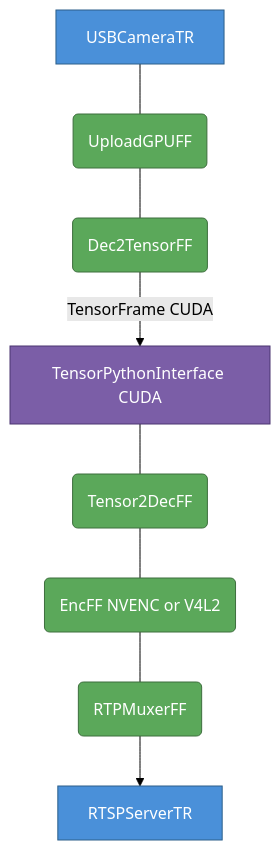
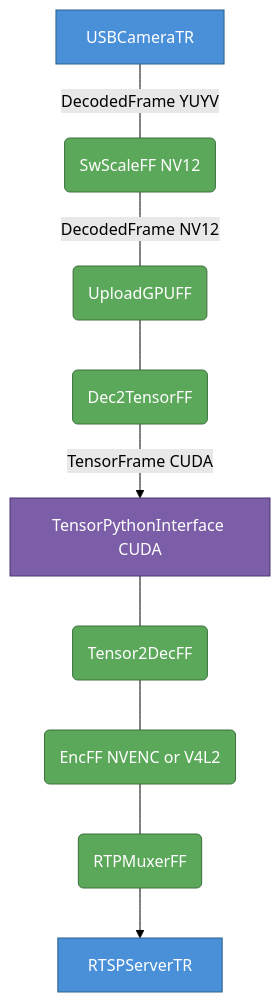
The fourth of 11 diagrams in python/README.md (elsampsa/limef-apps), drawn with Mermaid (forest theme) before and after one commit. The commit also changed other lines of this file and 8 other files, not shown here.

````diff
--- a/python/README.md
+++ b/python/README.md
@@ -260,26 +260,28 @@
 ```mermaid
 flowchart TD
     camtr[USBCameraTR]
+    swscale(SwScaleFF NV12)
     uploadff(UploadGPUFF)
     d2t(Dec2TensorFF)
     pyif[TensorPythonInterface CUDA]
     t2d(Tensor2DecFF)
     encff(EncFF NVENC or V4L2)
     rtpmux(RTPMuxerFF)
     rtsptr[RTSPServerTR]
 
-    camtr --- uploadff
+    camtr ---|DecodedFrame YUYV| swscale
+    swscale ---|DecodedFrame NV12| uploadff
     uploadff --- d2t
     d2t -->|TensorFrame CUDA| pyif
     pyif --- t2d
     t2d --- encff
     encff --- rtpmux
     rtpmux --> rtsptr
 
     classDef thread fill:#4a90d9,stroke:#2c5f8a,color:#fff
     classDef pytr   fill:#7b5ea7,stroke:#4a3570,color:#fff
     classDef ff     fill:#5ba85a,stroke:#3d6e3d,color:#fff
     class camtr,rtsptr thread
     class pyif pytr
-    class uploadff,d2t,t2d,encff,rtpmux ff
+    class swscale,uploadff,d2t,t2d,encff,rtpmux ff
 ```
````
